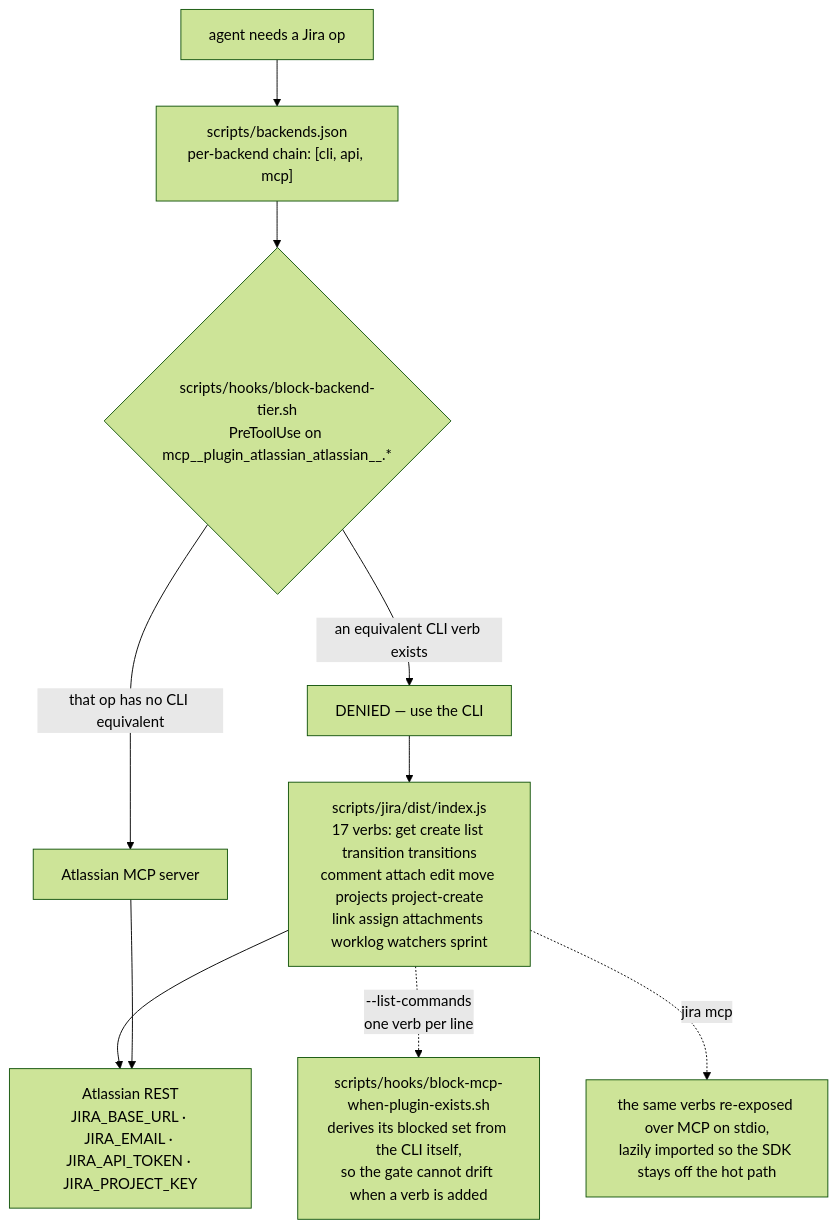
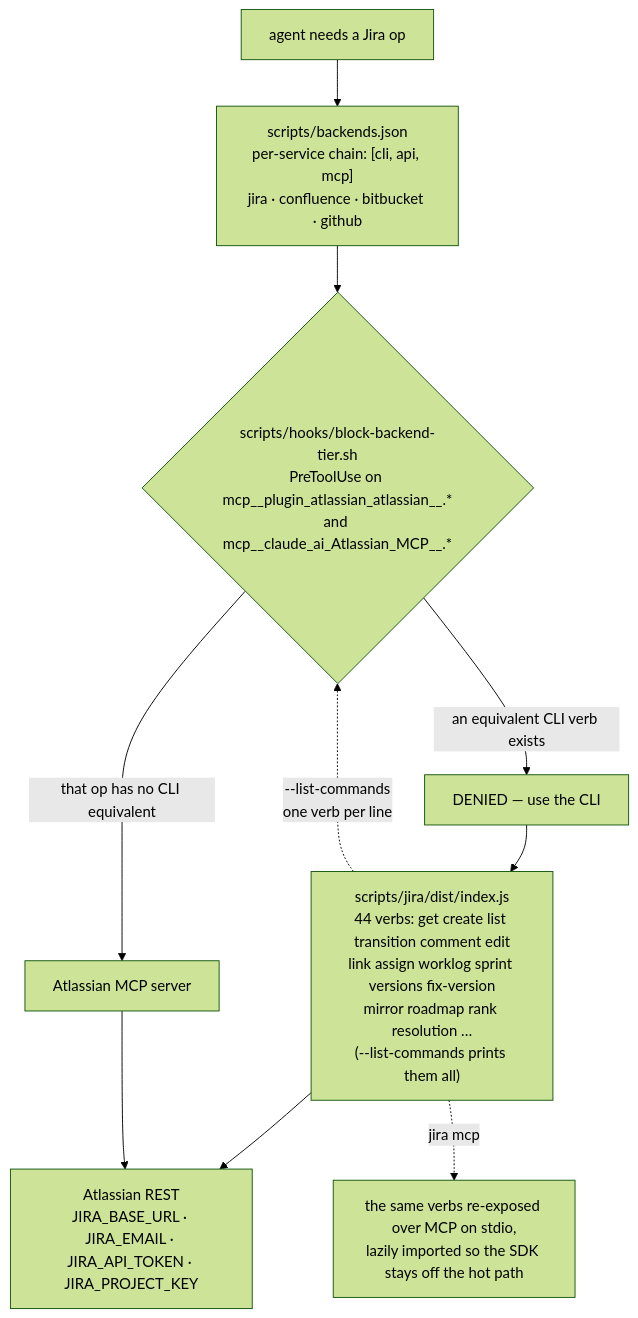
One commit to yotamleo-org/Himmel changed the fourth of 5 diagrams in docs/architecture.md. Above: the diagram before and after it, drawn with Mermaid (forest theme). The commit also changed other lines of this file and 4 other files, not shown here.

````diff
--- a/docs/architecture.md
+++ b/docs/architecture.md
@@ -196,17 +228,17 @@
 ```mermaid
 flowchart TD
-    INT["agent needs a Jira op"] --> REG["scripts/backends.json<br/>per-backend chain: [cli, api, mcp]"]
+    INT["agent needs a Jira op"] --> REG["scripts/backends.json<br/>per-service chain: [cli, api, mcp]<br/>jira · confluence · bitbucket · github"]
 
-    REG --> BT{"scripts/hooks/block-backend-tier.sh<br/>PreToolUse on mcp__plugin_atlassian_atlassian__.*"}
+    REG --> BT{"scripts/hooks/block-backend-tier.sh<br/>PreToolUse on mcp__plugin_atlassian_atlassian__.*<br/>and mcp__claude_ai_Atlassian_MCP__.*"}
     BT -->|"an equivalent CLI verb exists"| DENY["DENIED — use the CLI"]
     BT -->|"that op has no CLI equivalent"| MCP["Atlassian MCP server"]
 
-    DENY --> CLI["scripts/jira/dist/index.js<br/>17 verbs: get create list transition transitions<br/>comment attach edit move projects project-create<br/>link assign attachments worklog watchers sprint"]
+    DENY --> CLI["scripts/jira/dist/index.js<br/>44 verbs: get create list transition comment edit<br/>link assign worklog sprint versions fix-version<br/>mirror roadmap rank resolution …<br/>(--list-commands prints them all)"]
 
     CLI --> API["Atlassian REST<br/>JIRA_BASE_URL · JIRA_EMAIL · JIRA_API_TOKEN · JIRA_PROJECT_KEY"]
     MCP --> API
 
-    CLI -.->|"--list-commands<br/>one verb per line"| LC["scripts/hooks/block-mcp-when-plugin-exists.sh<br/>derives its blocked set from the CLI itself,<br/>so the gate cannot drift when a verb is added"]
+    CLI -.->|"--list-commands<br/>one verb per line"| BT
 
     CLI -.->|"jira mcp"| SELF["the same verbs re-exposed over MCP on stdio,<br/>lazily imported so the SDK stays off the hot path"]
 ```
````
